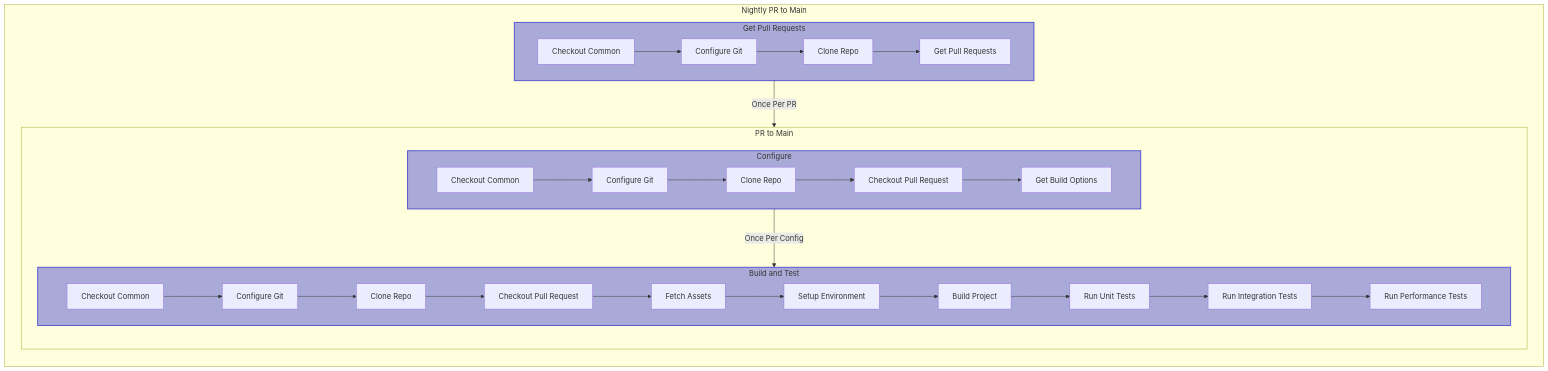
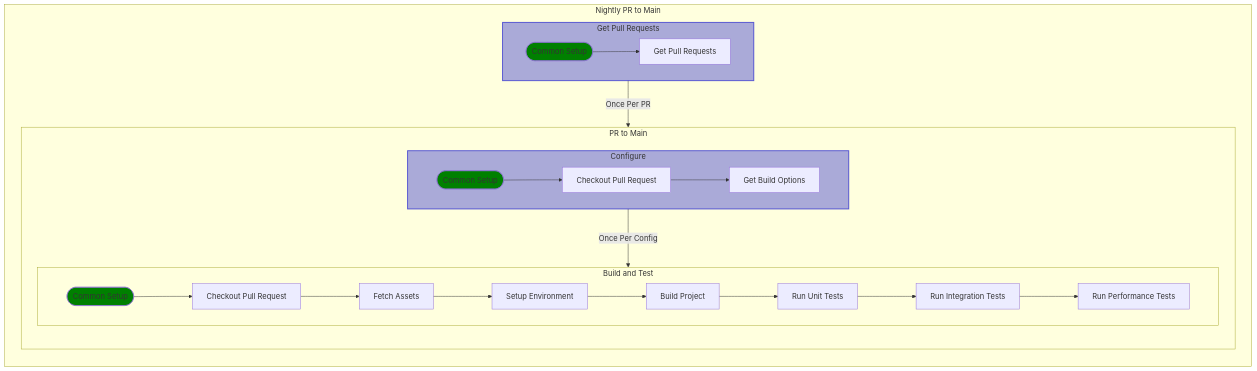
Before and after one commit to postindustria-tech/common-ci: the third of 6 diagrams in README.md, drawn with Mermaid. The commit also changed other lines of this file, not shown here.

Commit message:
DOC: Simplified flowcharts a little

````diff
--- a/README.md
+++ b/README.md
@@ -108,43 +120,38 @@
 ``` mermaid
 flowchart LR
+  classDef green fill:green;
+
   subgraph "Nightly PR to Main"
     subgraph prs[Get Pull Requests]
       style prs fill:#00C5,stroke:#00C9,stroke-width:2px;
-      W[Checkout Common]
-      X[Configure Git]
-      Y[Clone Repo]
-      Z[Get Pull Requests]
-      W-->X-->Y-->Z
+      X([Common Setup]):::green
+      Y[Get Pull Requests]
+      X-->Y
     end
     subgraph main[PR to Main]
       direction TB
       subgraph conf[Configure]
         direction LR
         style conf fill:#00C5,stroke:#00C9,stroke-width:2px;
-        A[Checkout Common]
-        B[Configure Git]
-        C[Clone Repo]
-        D[Checkout Pull Request]
-        E[Get Build Options]
-        A-->B-->C-->D-->E
+        A([Common Setup]):::green
+        B[Checkout Pull Request]
+        C[Get Build Options]
+        A-->B-->C
       end
       subgraph bat[Build and Test]
         direction LR
-        style bat fill:#00C5,stroke:#00C9,stroke-width:2px;
-        F[Checkout Common]
-        G[Configure Git]
-        H[Clone Repo]
-        I[Checkout Pull Request]
-        J[Fetch Assets]
-        K[Setup Environment]
-        L[Build Project]
-        M[Run Unit Tests]
-        N[Run Integration Tests]
-        O[Run Performance Tests]
-        F-->G-->H-->I-->J-->K-->L-->M-->N-->O
+        F([Common Setup]):::green
+        G[Checkout Pull Request]
+        H[Fetch Assets]
+        I[Setup Environment]
+        J[Build Project]
+        K[Run Unit Tests]
+        L[Run Integration Tests]
+        M[Run Performance Tests]
+        F-->G-->H-->I-->J-->K-->L-->M
       end
       conf-- Once Per Config -->bat
     end
     prs-- Once Per PR -->main
   end
   ```
````
